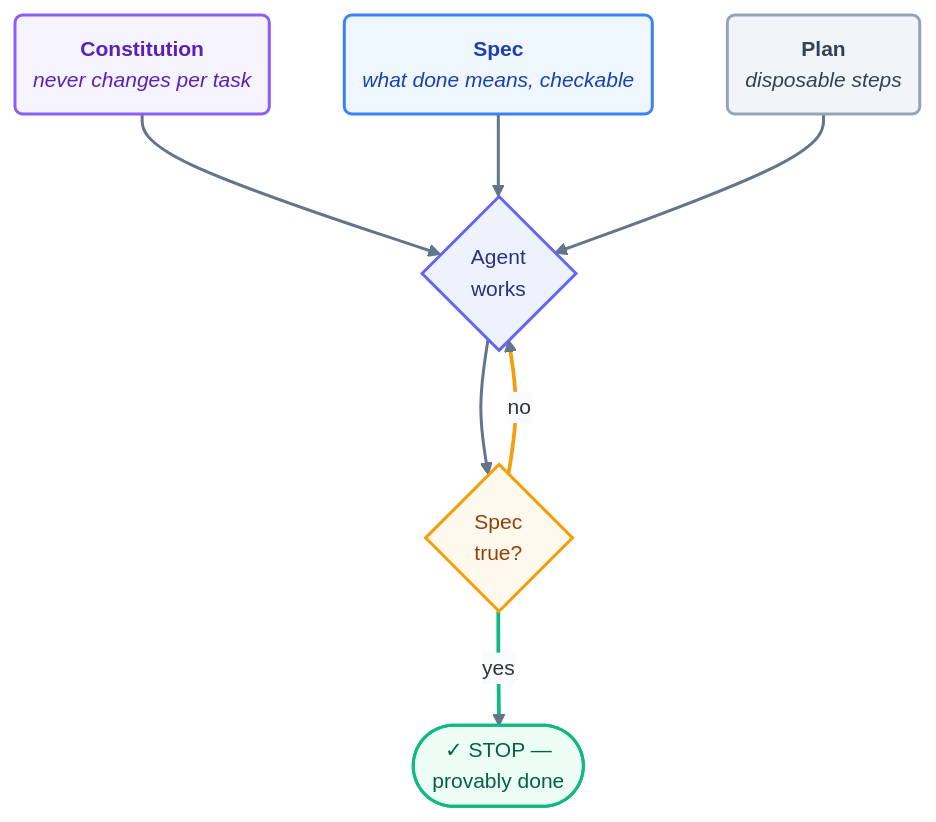
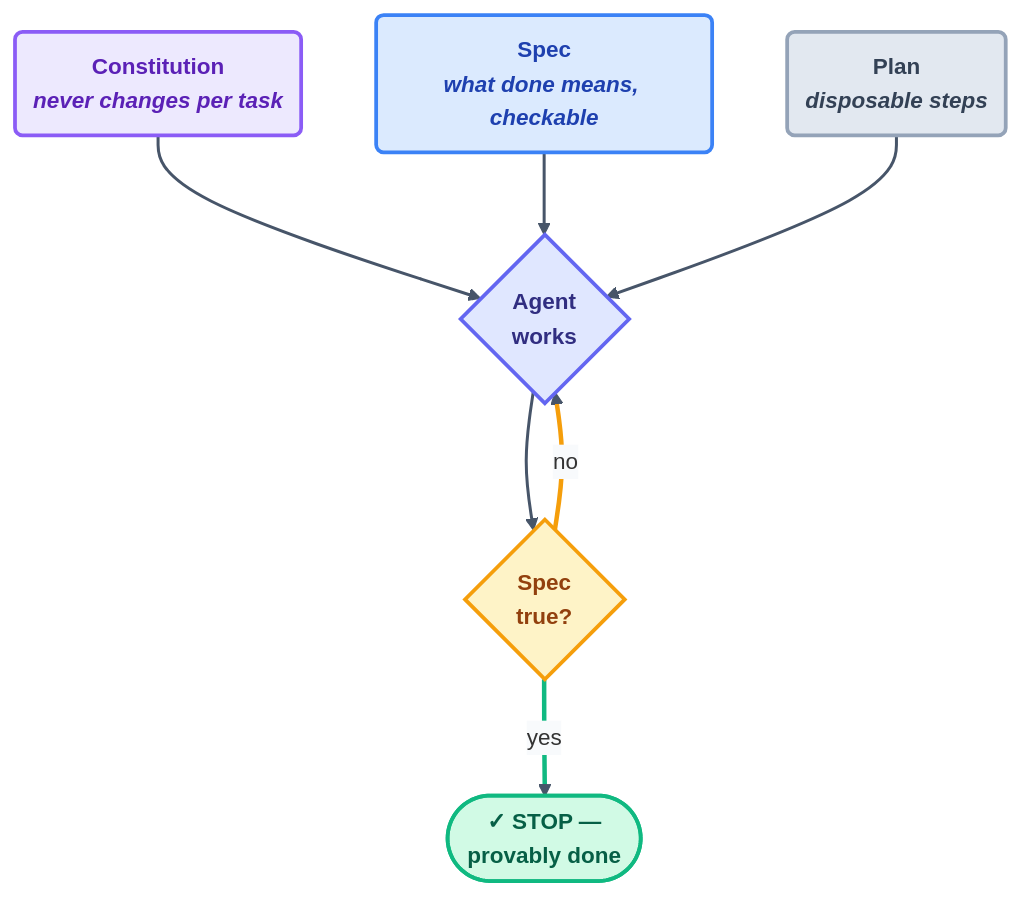
Before and after one commit to ayeshakhalid192007-dev/LoopEngineering-CrashCourse: the diagram in docs/01-prerequisites/spec-driven-primer.md, drawn with Mermaid. The commit also changed 66 other files, not shown here.

First line of the commit message:
docs(diagrams): visibly bolder pass — deeper fills, heavier strokes, semibold labels

````diff
--- a/docs/01-prerequisites/spec-driven-primer.md
+++ b/docs/01-prerequisites/spec-driven-primer.md
@@ -29,19 +29,19 @@
 ```mermaid
-%%{init: {'theme':'base','themeVariables':{'fontFamily':'ui-sans-serif, system-ui, sans-serif','fontSize':'14px','lineColor':'#64748b','edgeLabelBackground':'#f8fafc'},'flowchart':{'curve':'basis','nodeSpacing':50,'rankSpacing':55,'padding':12}}}%%
+%%{init: {'theme':'base','themeVariables':{'fontFamily':'ui-sans-serif, system-ui, sans-serif','fontSize':'15px','lineColor':'#475569','edgeLabelBackground':'#f8fafc'},'flowchart':{'curve':'basis','nodeSpacing':50,'rankSpacing':55,'padding':12}}}%%
 flowchart TD
     A("<b>Constitution</b><br/><i>never changes per task</i>"):::fixed --> D{"Agent<br/>works"}:::work
     B("<b>Spec</b><br/><i>what done means, checkable</i>"):::spec --> D
     C("<b>Plan</b><br/><i>disposable steps</i>"):::plan --> D
     D --> E{"Spec<br/>true?"}:::gate
     E -->|no| D
     E -->|yes| F(["✓ STOP —<br/>provably done"]):::stop
-    linkStyle default stroke:#64748b,stroke-width:2px;
-    classDef fixed fill:#f5f3ff,stroke:#8b5cf6,stroke-width:2px,color:#5b21b6;
-    classDef spec fill:#eef6ff,stroke:#3b82f6,stroke-width:2px,color:#1e40af;
-    classDef plan fill:#f1f5f9,stroke:#94a3b8,stroke-width:2px,color:#334155;
-    classDef work fill:#eef2ff,stroke:#6366f1,stroke-width:2px,color:#312e81;
-    classDef gate fill:#fef9ec,stroke:#f59e0b,stroke-width:2px,color:#92400e;
-    classDef stop fill:#ecfdf5,stroke:#10b981,stroke-width:2px,color:#065f46;
-    linkStyle 4 stroke:#f59e0b,stroke-width:2.5px;
-    linkStyle 5 stroke:#10b981,stroke-width:2.5px;
+    linkStyle default stroke:#475569,stroke-width:2px;
+    classDef fixed fill:#ede9fe,stroke:#8b5cf6,stroke-width:2.5px,color:#5b21b6,font-weight:600;
+    classDef spec fill:#dbeafe,stroke:#3b82f6,stroke-width:2.5px,color:#1e40af,font-weight:600;
+    classDef plan fill:#e2e8f0,stroke:#94a3b8,stroke-width:2.5px,color:#334155,font-weight:600;
+    classDef work fill:#e0e7ff,stroke:#6366f1,stroke-width:2.5px,color:#312e81,font-weight:600;
+    classDef gate fill:#fef3c7,stroke:#f59e0b,stroke-width:2.5px,color:#92400e,font-weight:600;
+    classDef stop fill:#d1fae5,stroke:#10b981,stroke-width:2.5px,color:#065f46,font-weight:600;
+    linkStyle 4 stroke:#f59e0b,stroke-width:3px;
+    linkStyle 5 stroke:#10b981,stroke-width:3px;
 ```
````
